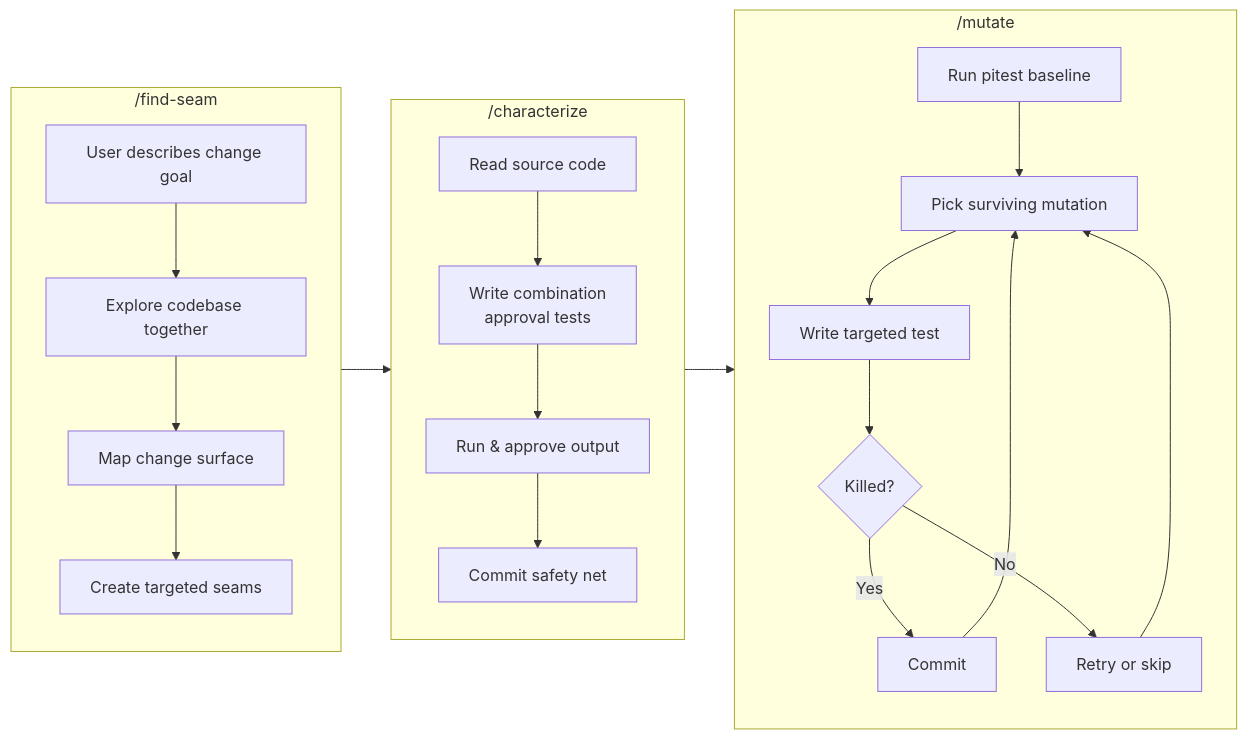
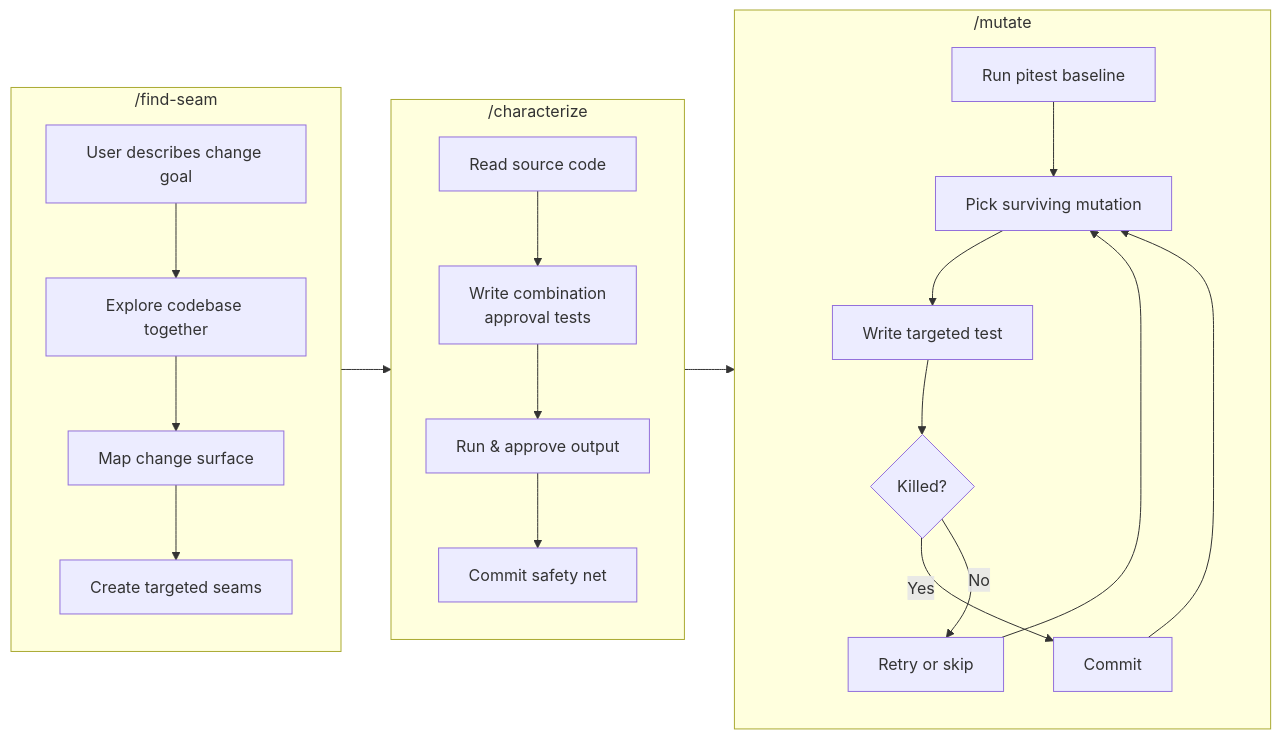
Before and after one commit to nymann/legacy-code-rescue: the first of 2 diagrams in README.md, drawn with Mermaid.

Commit message:
docs: use invisible links to center mutate flowchart nodes

````diff
--- a/README.md
+++ b/README.md
@@ -5,29 +5,31 @@
 ```mermaid
 flowchart LR
     subgraph find-seam["/find-seam"]
         direction TB
         A1[User describes change goal] --> A2[Explore codebase together]
         A2 --> A3[Map change surface]
         A3 --> A4[Create targeted seams]
     end
 
     subgraph characterize["/characterize"]
         direction TB
         B1[Read source code] --> B2[Write combination<br/>approval tests]
         B2 --> B3[Run & approve output]
         B3 --> B4[Commit safety net]
     end
 
     subgraph mutate["/mutate"]
         direction TB
         C1[Run pitest baseline] --> C2[Pick surviving mutation]
         C2 --> C3[Write targeted test]
+        C5[Commit] ~~~ C3 ~~~ C6[Retry or skip]
         C3 --> C4{Killed?}
-        C5[Commit] --> C2
-        C6[Retry or skip] --> C2
+        C5 ~~~ C4 ~~~ C6
         C4 -- Yes --> C5
         C4 -- No --> C6
+        C5 --> C2
+        C6 --> C2
     end
 
     find-seam --> characterize --> mutate
 ```
````
